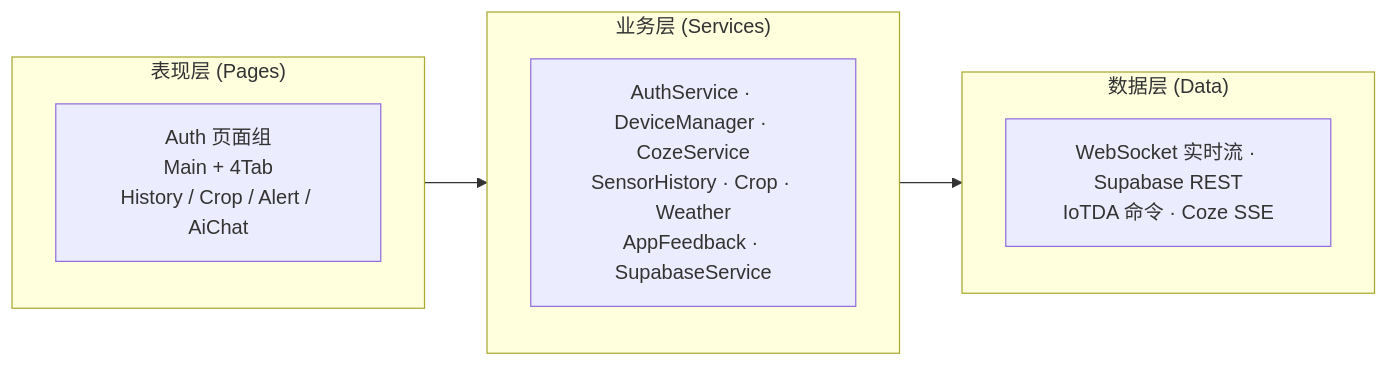
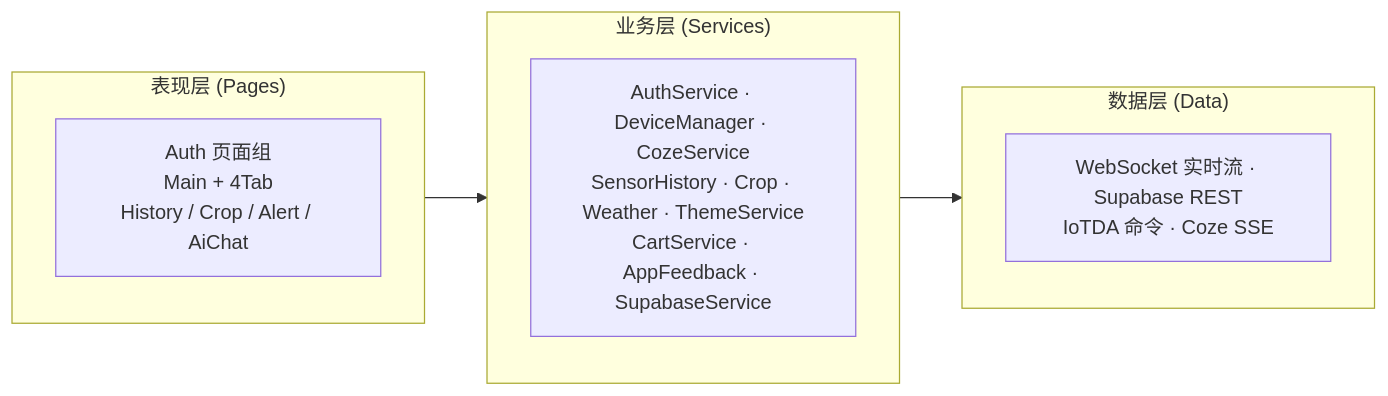
One commit to 42419/smartfarm_flutter changed the third of 3 diagrams in README.md. Above: the diagram before and after it, drawn with Mermaid. The commit also changed other lines of this file and 1 other file, not shown here.

````diff
--- a/README.md
+++ b/README.md
@@ -176,13 +185,13 @@
 ```mermaid
 graph LR
     subgraph L1["表现层 (Pages)"]
         UI[Auth 页面组<br/>Main + 4Tab<br/>History / Crop / Alert / AiChat]
     end
     subgraph L2["业务层 (Services)"]
-        BIZ[AuthService · DeviceManager · CozeService<br/>SensorHistory · Crop · Weather<br/>AppFeedback · SupabaseService]
+        BIZ[AuthService · DeviceManager · CozeService<br/>SensorHistory · Crop · Weather · ThemeService<br/>CartService · AppFeedback · SupabaseService]
     end
     subgraph L3["数据层 (Data)"]
         DATA[WebSocket 实时流 · Supabase REST<br/>IoTDA 命令 · Coze SSE]
     end
     L1 --> L2 --> L3
 ```
````
